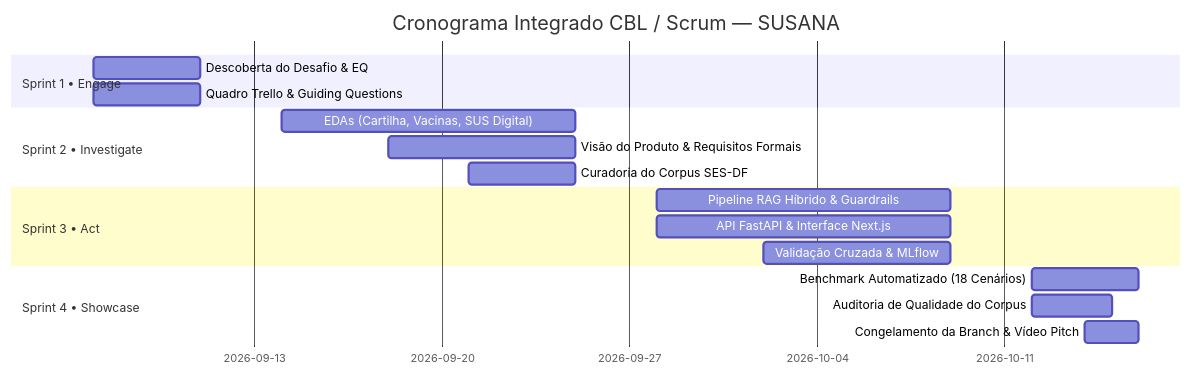
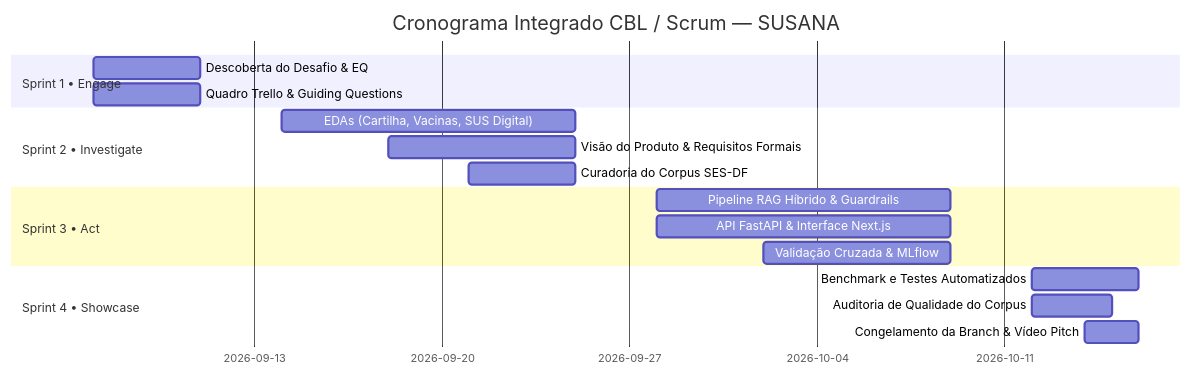
Before and after one commit to Andre-Atlas/SUSANNA-HEALTHCHECK: the diagram in scrum-organizacao/metodologia_e_sprints.md, drawn with Mermaid. The commit also changed other lines of this file and 14 other files, not shown here.

````diff
--- a/scrum-organizacao/metodologia_e_sprints.md
+++ b/scrum-organizacao/metodologia_e_sprints.md
@@ -55,20 +55,20 @@
 ```mermaid
 gantt
     title Cronograma Integrado CBL / Scrum — SUSANA
     dateFormat YYYY-MM-DD
     section Sprint 1 • Engage
     Descoberta do Desafio & EQ :2026-09-07, 2026-09-11
     Quadro Trello & Guiding Questions :2026-09-07, 2026-09-11
     section Sprint 2 • Investigate
     EDAs (Cartilha, Vacinas, SUS Digital) :2026-09-14, 2026-09-25
     Visão do Produto & Requisitos Formais :2026-09-18, 2026-09-25
     Curadoria do Corpus SES-DF :2026-09-21, 2026-09-25
     section Sprint 3 • Act
     Pipeline RAG Híbrido & Guardrails :2026-09-28, 2026-10-09
     API FastAPI & Interface Next.js :2026-09-28, 2026-10-09
     Validação Cruzada & MLflow :2026-10-02, 2026-10-09
     section Sprint 4 • Showcase
-    Benchmark Automatizado (18 Cenários) :2026-10-12, 2026-10-16
+    Benchmark e Testes Automatizados :2026-10-12, 2026-10-16
     Auditoria de Qualidade do Corpus :2026-10-12, 2026-10-15
     Congelamento da Branch & Vídeo Pitch :2026-10-14, 2026-10-16
 ```
````
